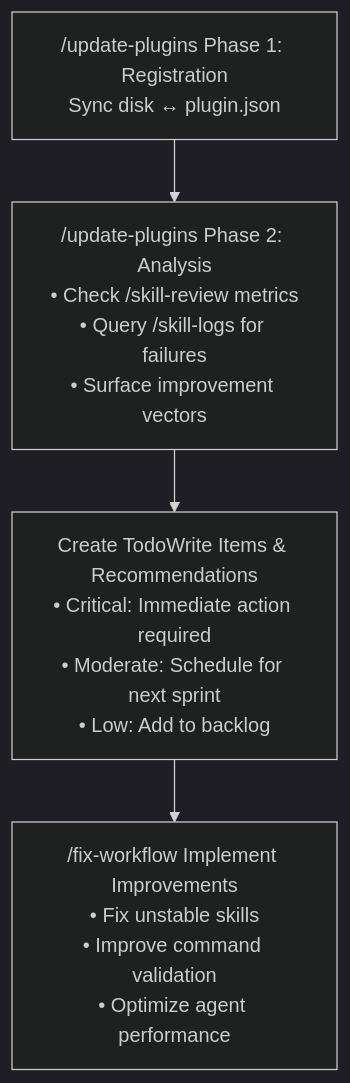
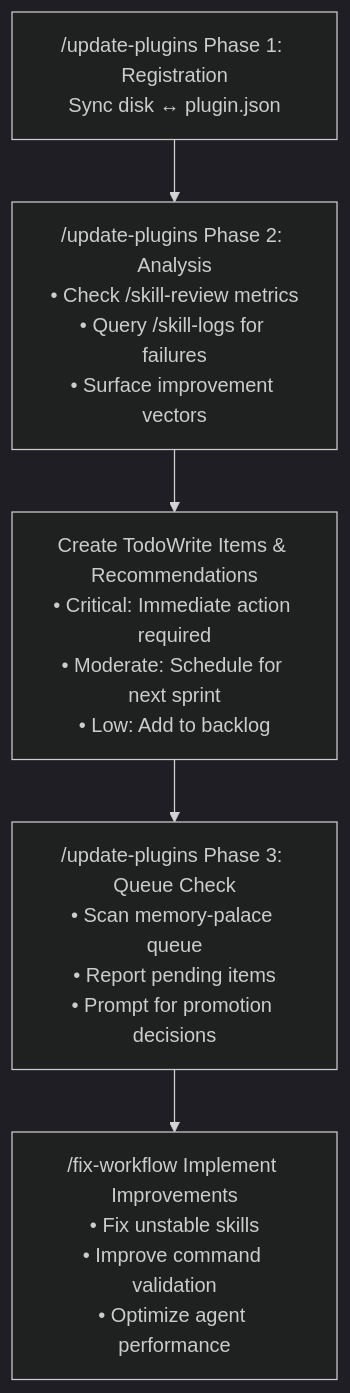
The diagram in plugins/sanctum/commands/update-plugins.md (athola/claude-night-market), drawn with Mermaid (dark theme) before and after one commit. The commit also changed other lines of this file and 53 other files, not shown here.

First line of the commit message:
feat(docs,memory-palace): modularize capabilities reference and add auto-capture

````diff
--- a/plugins/sanctum/commands/update-plugins.md
+++ b/plugins/sanctum/commands/update-plugins.md
@@ -192,7 +285,8 @@
 ```mermaid
 flowchart TD
     A["/update-plugins Phase 1: Registration<br/>Sync disk ↔ plugin.json"] --> B
     B["/update-plugins Phase 2: Analysis<br/>• Check /skill-review metrics<br/>• Query /skill-logs for failures<br/>• Surface improvement vectors"] --> C
     C["Create TodoWrite Items & Recommendations<br/>• Critical: Immediate action required<br/>• Moderate: Schedule for next sprint<br/>• Low: Add to backlog"] --> D
-    D["/fix-workflow Implement Improvements<br/>• Fix unstable skills<br/>• Improve command validation<br/>• Optimize agent performance"]
+    D["/update-plugins Phase 3: Queue Check<br/>• Scan memory-palace queue<br/>• Report pending items<br/>• Prompt for promotion decisions"] --> E
+    E["/fix-workflow Implement Improvements<br/>• Fix unstable skills<br/>• Improve command validation<br/>• Optimize agent performance"]
 ```
````
